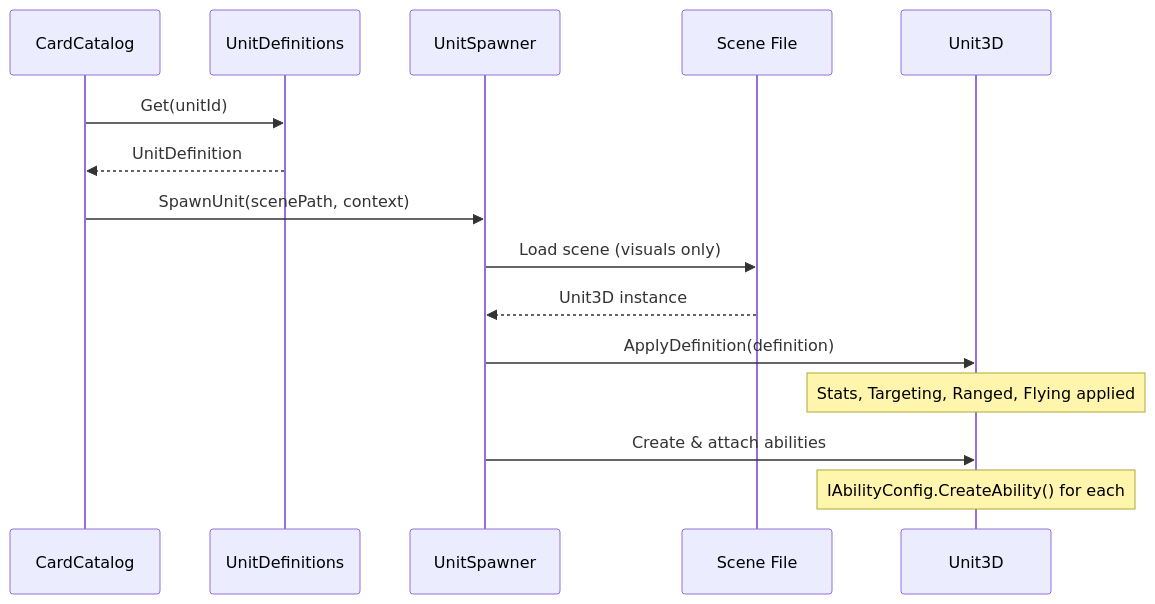
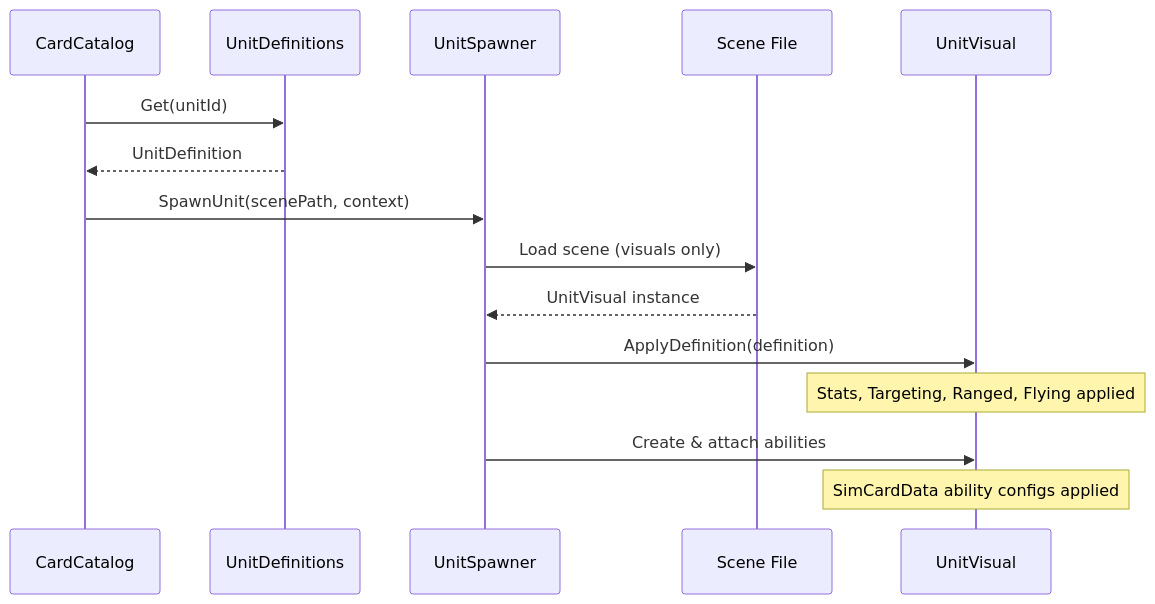
One commit to amari-charles/project-summoner changed the fourth of 4 diagrams in docs/technical/unit-definition-refactor.md. Above: the diagram before and after it, drawn with Mermaid. The commit also changed other lines of this file and 18 other files, not shown here.

````diff
--- a/docs/technical/unit-definition-refactor.md
+++ b/docs/technical/unit-definition-refactor.md
@@ -166,18 +170,18 @@
 ```mermaid
 sequenceDiagram
     participant Card as CardCatalog
     participant Def as UnitDefinitions
     participant Spawner as UnitSpawner
     participant Scene as Scene File
-    participant Unit as Unit3D
+    participant Unit as UnitVisual
 
     Card->>Def: Get(unitId)
     Def-->>Card: UnitDefinition
     Card->>Spawner: SpawnUnit(scenePath, context)
     Spawner->>Scene: Load scene (visuals only)
-    Scene-->>Spawner: Unit3D instance
+    Scene-->>Spawner: UnitVisual instance
     Spawner->>Unit: ApplyDefinition(definition)
     Note over Unit: Stats, Targeting, Ranged, Flying applied
     Spawner->>Unit: Create & attach abilities
-    Note over Unit: IAbilityConfig.CreateAbility() for each
+    Note over Unit: SimCardData ability configs applied
 ```
````
